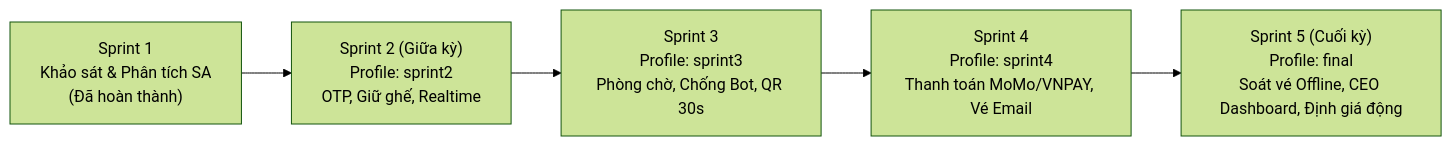
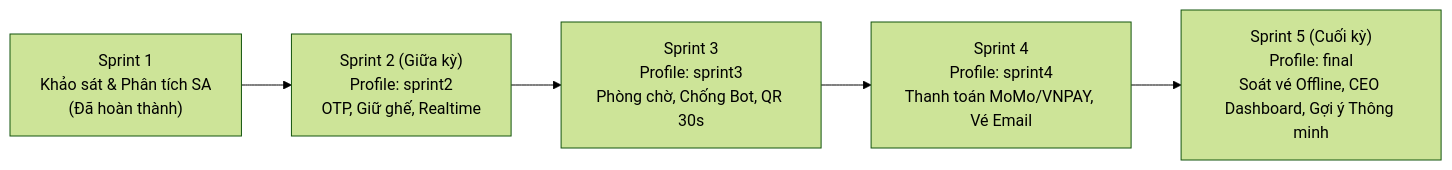
One commit to nhansp/COSH301 changed the diagram in docs/sprints.md. Above: the diagram before and after it, drawn with Mermaid (forest theme). The commit also changed other lines of this file and 4 other files, not shown here.

````diff
--- a/docs/sprints.md
+++ b/docs/sprints.md
@@ -9,7 +9,7 @@
 ```mermaid
 flowchart LR
     S1["Sprint 1\nKhảo sát & Phân tích SA\n(Đã hoàn thành)"] --> S2["Sprint 2 (Giữa kỳ)\nProfile: sprint2\nOTP, Giữ ghế, Realtime"]
     S2 --> S3["Sprint 3\nProfile: sprint3\nPhòng chờ, Chống Bot, QR 30s"]
     S3 --> S4["Sprint 4\nProfile: sprint4\nThanh toán MoMo/VNPAY, Vé Email"]
-    S4 --> S5["Sprint 5 (Cuối kỳ)\nProfile: final\nSoát vé Offline, CEO Dashboard, Định giá động"]
+    S4 --> S5["Sprint 5 (Cuối kỳ)\nProfile: final\nSoát vé Offline, CEO Dashboard, Gợi ý Thông minh"]
 ```
````
